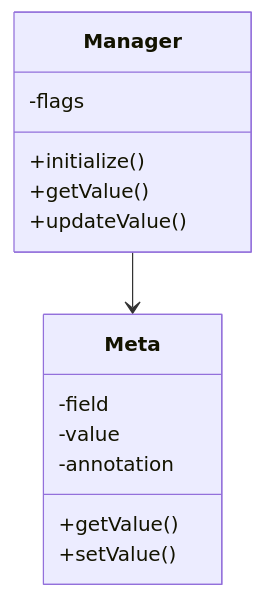
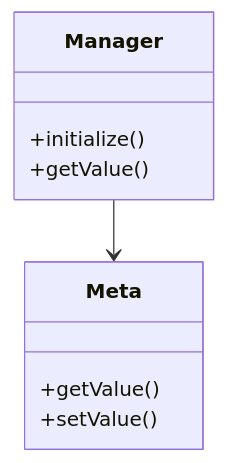
One commit to yeokyeong-yoon/yeokyeong-yoon.github.io changed the fifth of 7 diagrams in _posts/2025-03-15-feature-flag-system.md. Above: the diagram before and after it, drawn with Mermaid. The commit also changed other lines of this file, not shown here.

Commit message:
docs: optimize mermaid diagrams for better rendering and size

````diff
--- a/_posts/2025-03-15-feature-flag-system.md
+++ b/_posts/2025-03-15-feature-flag-system.md
@@ -712,19 +632,12 @@
 ```mermaid
 classDiagram
+    Manager --> Meta
     class Manager {
-        -flags
         +initialize()
         +getValue()
-        +updateValue()
     }
-    
     class Meta {
-        -field
-        -value
-        -annotation
         +getValue()
         +setValue()
     }
-    
-    Manager --> Meta
 ```
````
